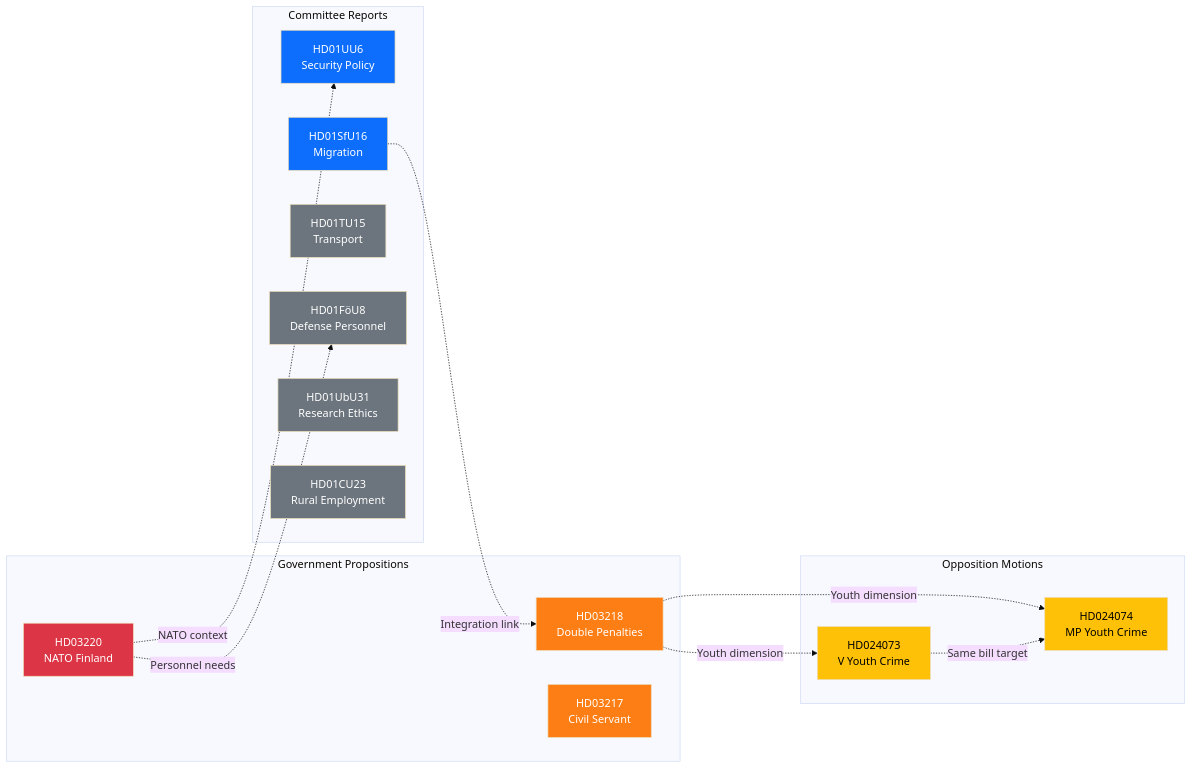
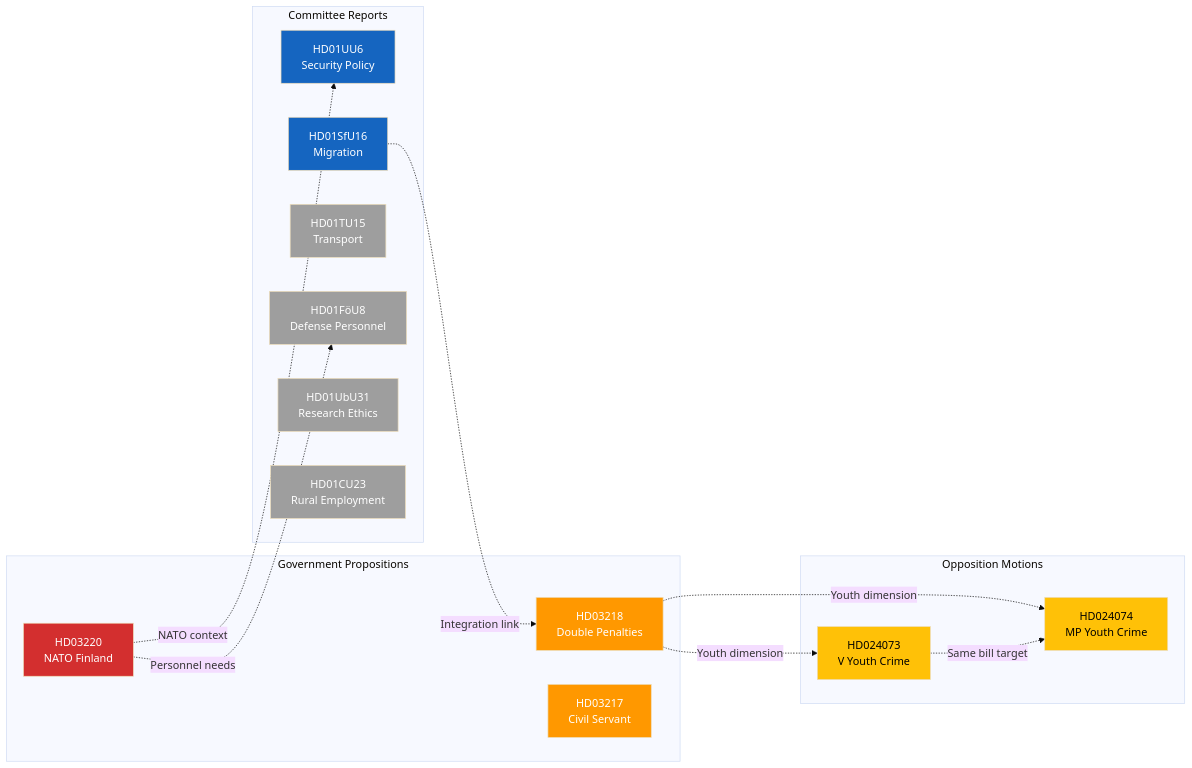
The diagram in analysis/daily/2026-04-09/evening-analysis/cross-reference-map.md (Hack23/riksdagsmonitor), drawn with Mermaid (base theme) before and after one commit. The commit also changed 785 other files, not shown here.

First line of the commit message:
Normalize mermaid colors across 786 analysis artifacts to ISMS Style Guide palette

````diff
--- a/analysis/daily/2026-04-09/evening-analysis/cross-reference-map.md
+++ b/analysis/daily/2026-04-09/evening-analysis/cross-reference-map.md
@@ -9,37 +9,37 @@
 ```mermaid
 graph LR
     subgraph "Government Propositions"
         P220["HD03220<br/>NATO Finland"]
         P218["HD03218<br/>Double Penalties"]
         P217["HD03217<br/>Civil Servant"]
     end
     subgraph "Committee Reports"
         UU6["HD01UU6<br/>Security Policy"]
         SfU16["HD01SfU16<br/>Migration"]
         TU15["HD01TU15<br/>Transport"]
         FöU8["HD01FöU8<br/>Defense Personnel"]
         UbU31["HD01UbU31<br/>Research Ethics"]
         CU23["HD01CU23<br/>Rural Employment"]
     end
     subgraph "Opposition Motions"
         M73["HD024073<br/>V Youth Crime"]
         M74["HD024074<br/>MP Youth Crime"]
     end
     P220 -.->|"NATO context"| UU6
     P220 -.->|"Personnel needs"| FöU8
     P218 -.->|"Youth dimension"| M73
     P218 -.->|"Youth dimension"| M74
     M73 -.->|"Same bill target"| M74
     SfU16 -.->|"Integration link"| P218
-    style P220 fill:#dc3545,color:#fff
-    style P218 fill:#fd7e14,color:#fff
-    style P217 fill:#fd7e14,color:#fff
-    style UU6 fill:#0d6efd,color:#fff
-    style SfU16 fill:#0d6efd,color:#fff
-    style TU15 fill:#6c757d,color:#fff
-    style FöU8 fill:#6c757d,color:#fff
-    style UbU31 fill:#6c757d,color:#fff
-    style CU23 fill:#6c757d,color:#fff
-    style M73 fill:#ffc107,color:#000
-    style M74 fill:#ffc107,color:#000
+    style P220 fill:#D32F2F,color:#FFFFFF
+    style P218 fill:#FF9800,color:#FFFFFF
+    style P217 fill:#FF9800,color:#FFFFFF
+    style UU6 fill:#1565C0,color:#FFFFFF
+    style SfU16 fill:#1565C0,color:#FFFFFF
+    style TU15 fill:#9E9E9E,color:#FFFFFF
+    style FöU8 fill:#9E9E9E,color:#FFFFFF
+    style UbU31 fill:#9E9E9E,color:#FFFFFF
+    style CU23 fill:#9E9E9E,color:#FFFFFF
+    style M73 fill:#FFC107,color:#000000
+    style M74 fill:#FFC107,color:#000000
 ```
````
